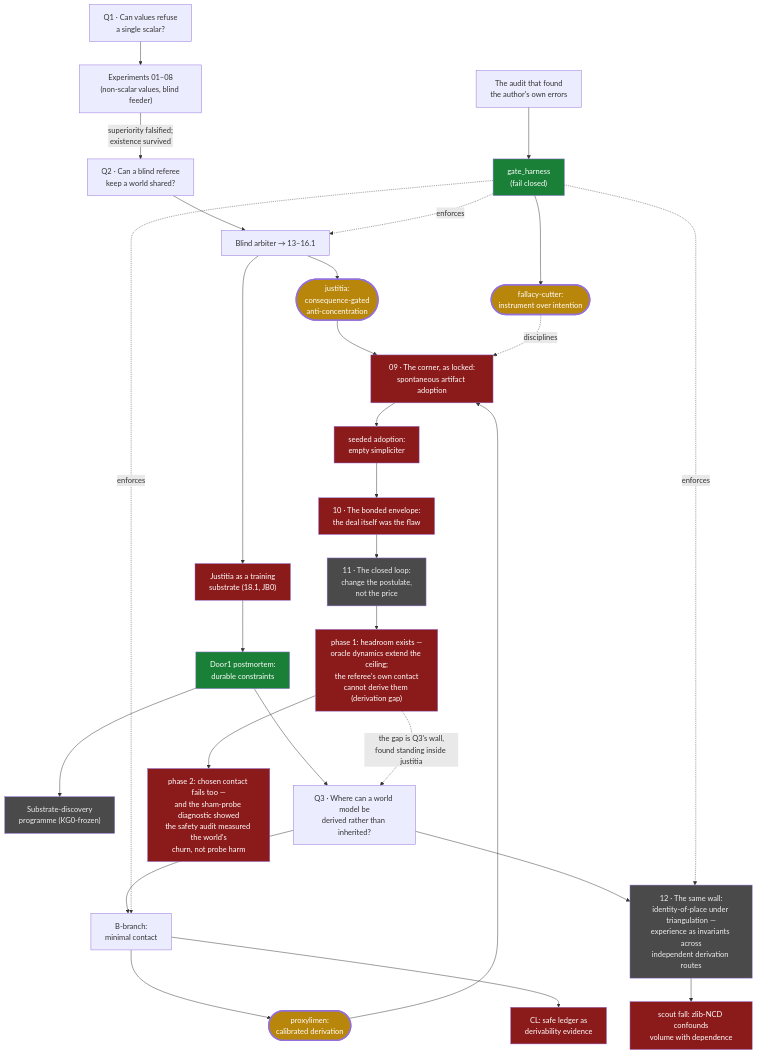
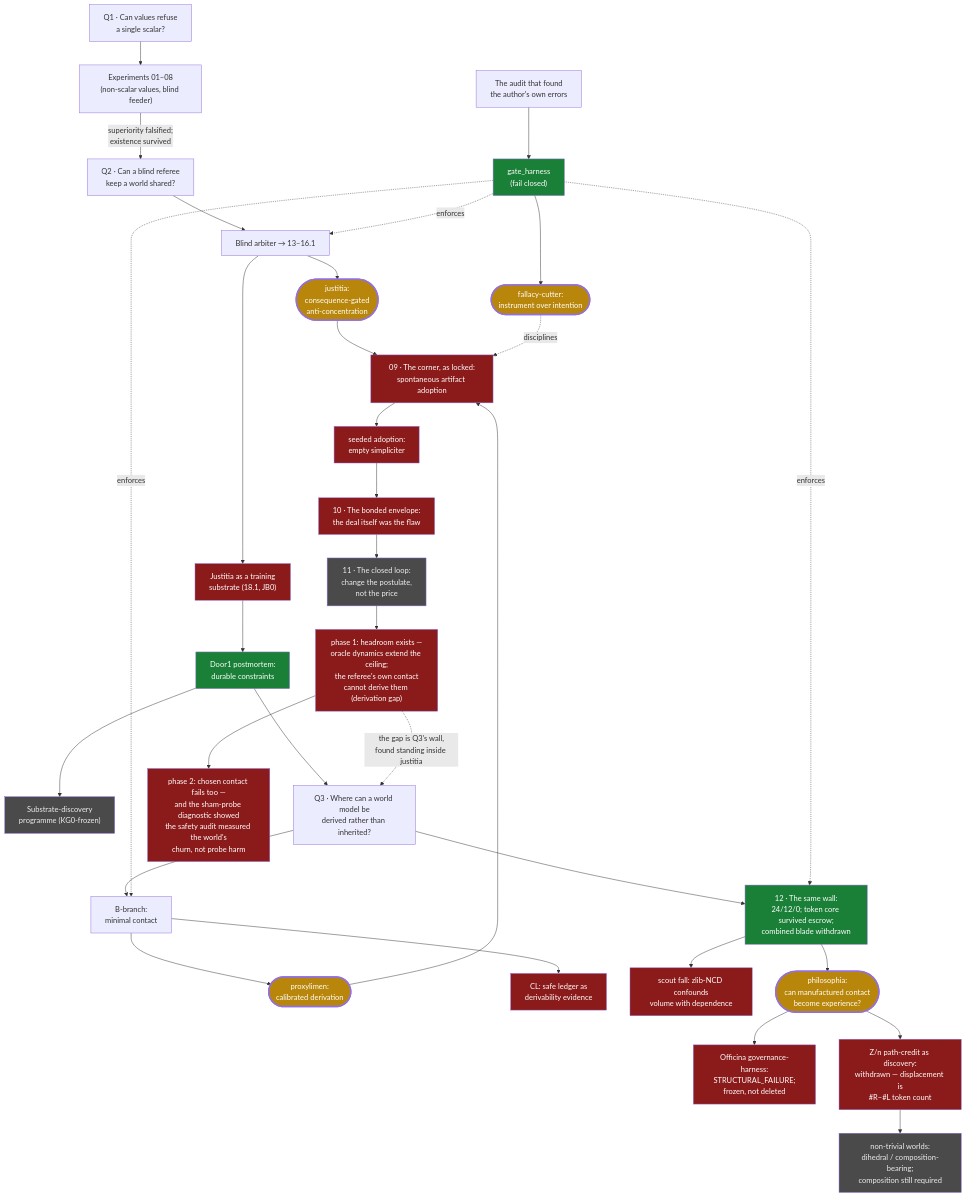
Before and after one commit to Kirill-Kruglov/ascesis: the diagram in README.md, drawn with Mermaid. The commit also changed other lines of this file, not shown here.

Commit message:
docs(ontology): add philosophia arc — gold essay, red Officina-freeze + Z/n path-credit withdrawal, grey composition-bearing worlds; mark line 12 verified

````diff
--- a/README.md
+++ b/README.md
@@ -22,35 +22,39 @@
 ```mermaid
 flowchart TD
     classDef verified fill:#1a7f37,color:#fff
     classDef falsified fill:#8b1a1a,color:#fff
     classDef open fill:#4a4a4a,color:#eee
     classDef concl fill:#b8860b,color:#fff,stroke-width:3px
 
     Q1["Q1 · Can values refuse<br/>a single scalar?"] --> E["Experiments 01–08<br/>(non-scalar values, blind feeder)"]
     E -->|"superiority falsified;<br/>existence survived"| Q2["Q2 · Can a blind referee<br/>keep a world shared?"]
     Q2 --> J["Blind arbiter → 13–16.1"]
     J --> JC(["justitia:<br/>consequence-gated<br/>anti-concentration"]):::concl
     J --> S["Justitia as a training<br/>substrate (18.1, JB0)"]:::falsified
     S --> D1["Door1 postmortem:<br/>durable constraints"]:::verified
     D1 --> SD["Substrate-discovery<br/>programme (KG0-frozen)"]:::open
     D1 --> Q3["Q3 · Where can a world model be<br/>derived rather than inherited?"]
     Q3 --> B["B-branch:<br/>minimal contact"]
     B --> PC(["proxylimen:<br/>calibrated derivation"]):::concl
     B --> CL["CL: safe ledger as<br/>derivability evidence"]:::falsified
     A["The audit that found<br/>the author's own errors"] --> G["gate_harness<br/>(fail closed)"]:::verified
     G --> FC(["fallacy-cutter:<br/>instrument over intention"]):::concl
     G -. enforces .-> J
     G -. enforces .-> B
     PC --> X["09 · The corner, as locked:<br/>spontaneous artifact adoption"]:::falsified
     JC --> X
     FC -. disciplines .-> X
     X --> X2["seeded adoption:<br/>empty simpliciter"]:::falsified
     X2 --> Y["10 · The bonded envelope:<br/>the deal itself was the flaw"]:::falsified
     Y --> Z["11 · The closed loop:<br/>change the postulate,<br/>not the price"]:::open
     Z --> Z1["phase 1: headroom exists —<br/>oracle dynamics extend the ceiling;<br/>the referee's own contact<br/>cannot derive them (derivation gap)"]:::falsified
     Z1 -. "the gap is Q3's wall,<br/>found standing inside justitia" .-> Q3
     Z1 --> Z2["phase 2: chosen contact fails too —<br/>and the sham-probe diagnostic showed<br/>the safety audit measured the world's<br/>churn, not probe harm"]:::falsified
-    Q3 --> W["12 · The same wall:<br/>identity-of-place under triangulation —<br/>experience as invariants across<br/>independent derivation routes"]:::open
+    Q3 --> W["12 · The same wall:<br/>24/12/0; token core survived escrow;<br/>combined blade withdrawn"]:::verified
     W --> W1["scout fall: zlib-NCD confounds<br/>volume with dependence"]:::falsified
+    W --> PH(["philosophia:<br/>can manufactured contact<br/>become experience?"]):::concl
+    PH --> OH["Officina governance-harness:<br/>STRUCTURAL_FAILURE;<br/>frozen, not deleted"]:::falsified
+    PH --> PZ["Z/n path-credit as discovery:<br/>withdrawn — displacement is<br/>#R−#L token count"]:::falsified
+    PZ --> NW["non-trivial worlds:<br/>dihedral / composition-bearing;<br/>composition still required"]:::open
     G -. enforces .-> W
 ```
````
